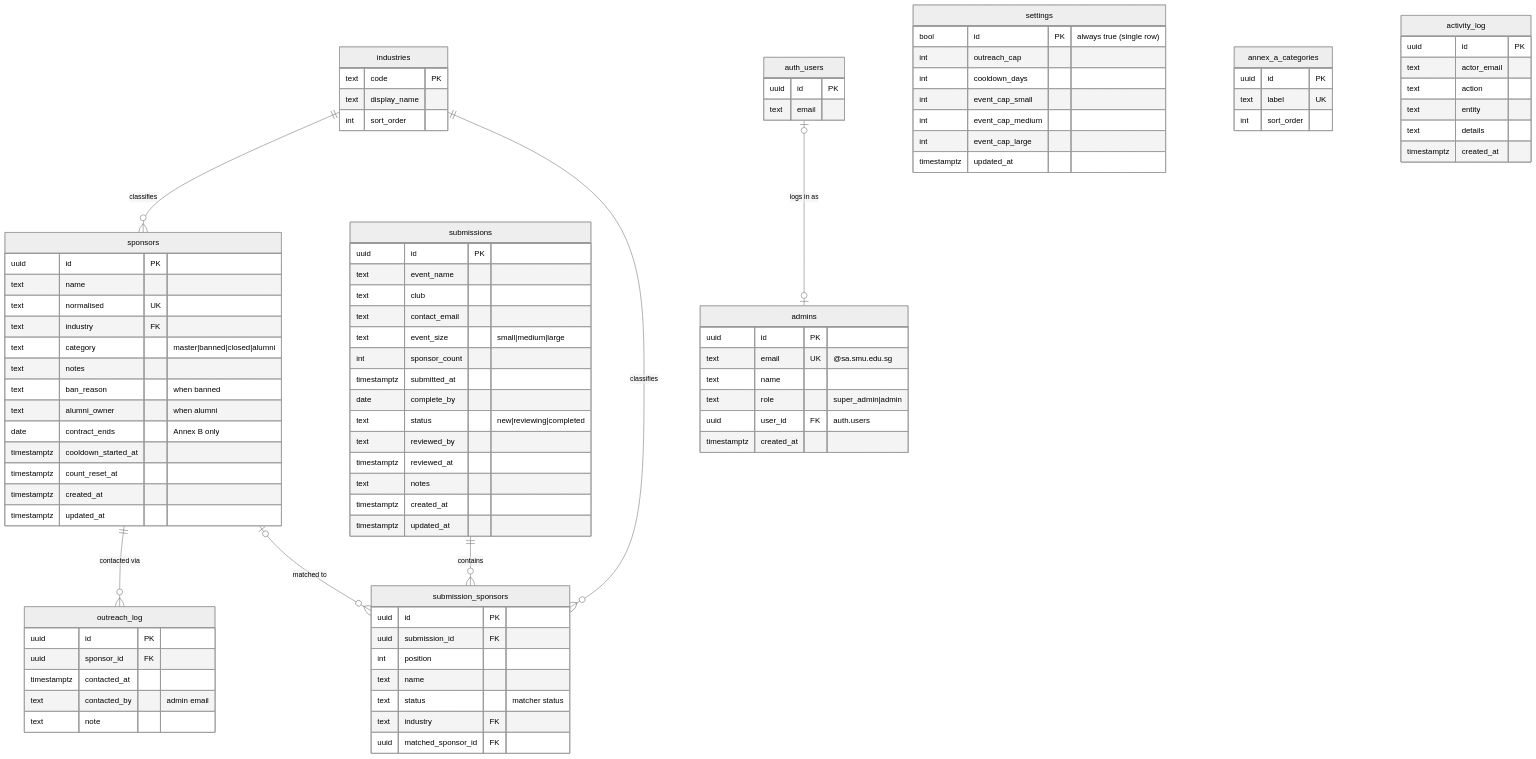
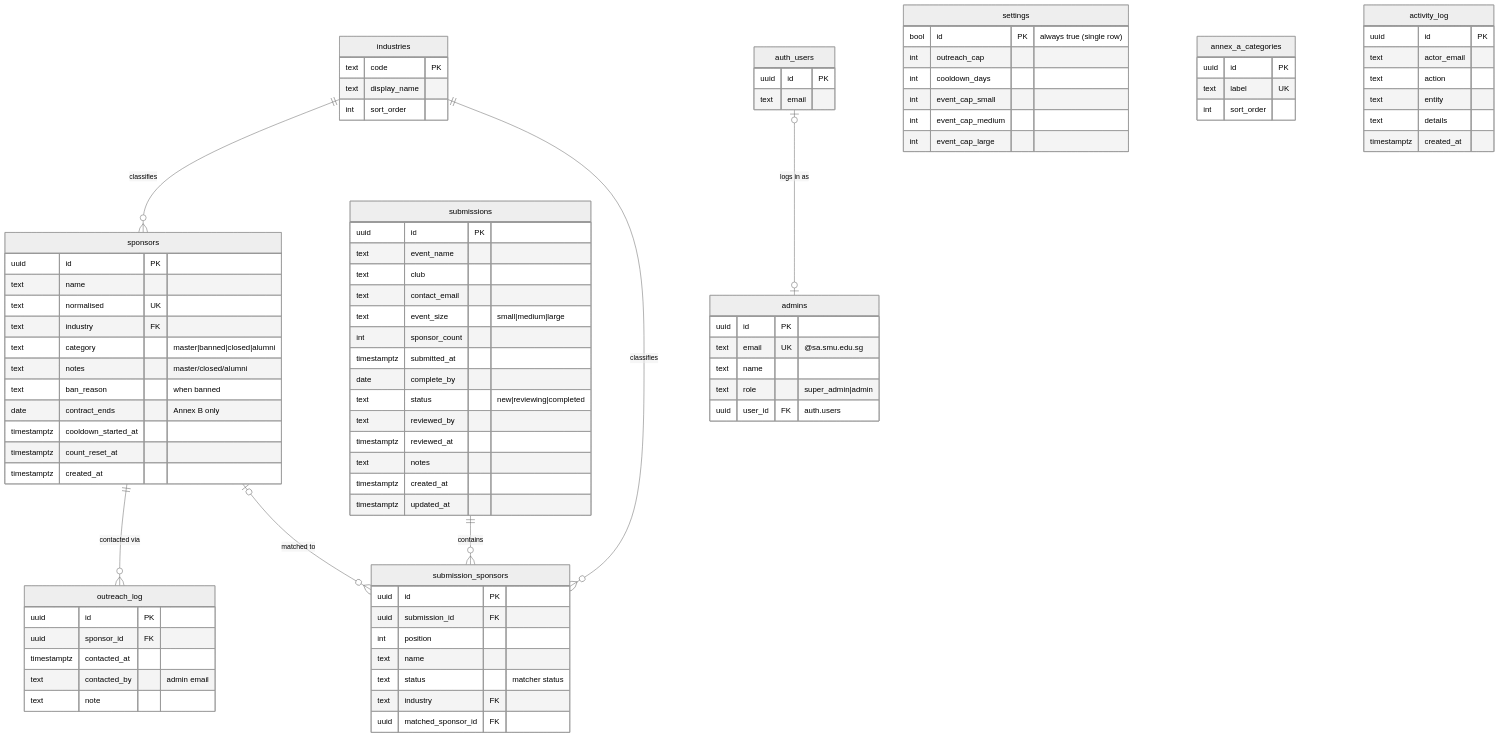
Before and after one commit to triciaaleee/BIZCOM-SponsorCheck: the diagram in supabase/DATABASE_GUIDE.md, drawn with Mermaid (neutral theme). The commit also changed other lines of this file and 11 other files, not shown here.

```diff
--- a/supabase/DATABASE_GUIDE.md
+++ b/supabase/DATABASE_GUIDE.md
@@ -157,14 +157,12 @@
         text normalised UK
         text industry FK
         text category "master|banned|closed|alumni"
-        text notes
+        text notes "master/closed/alumni"
         text ban_reason "when banned"
-        text alumni_owner "when alumni"
         date contract_ends "Annex B only"
         timestamptz cooldown_started_at
         timestamptz count_reset_at
         timestamptz created_at
-        timestamptz updated_at
     }
     outreach_log {
         uuid id PK
@@ -204,7 +202,6 @@
         text name
         text role "super_admin|admin"
         uuid user_id FK "auth.users"
-        timestamptz created_at
     }
     settings {
         bool id PK "always true (single row)"
@@ -213,7 +210,6 @@
         int  event_cap_small
         int  event_cap_medium
         int  event_cap_large
-        timestamptz updated_at
     }
     annex_a_categories {
         uuid id PK
```
